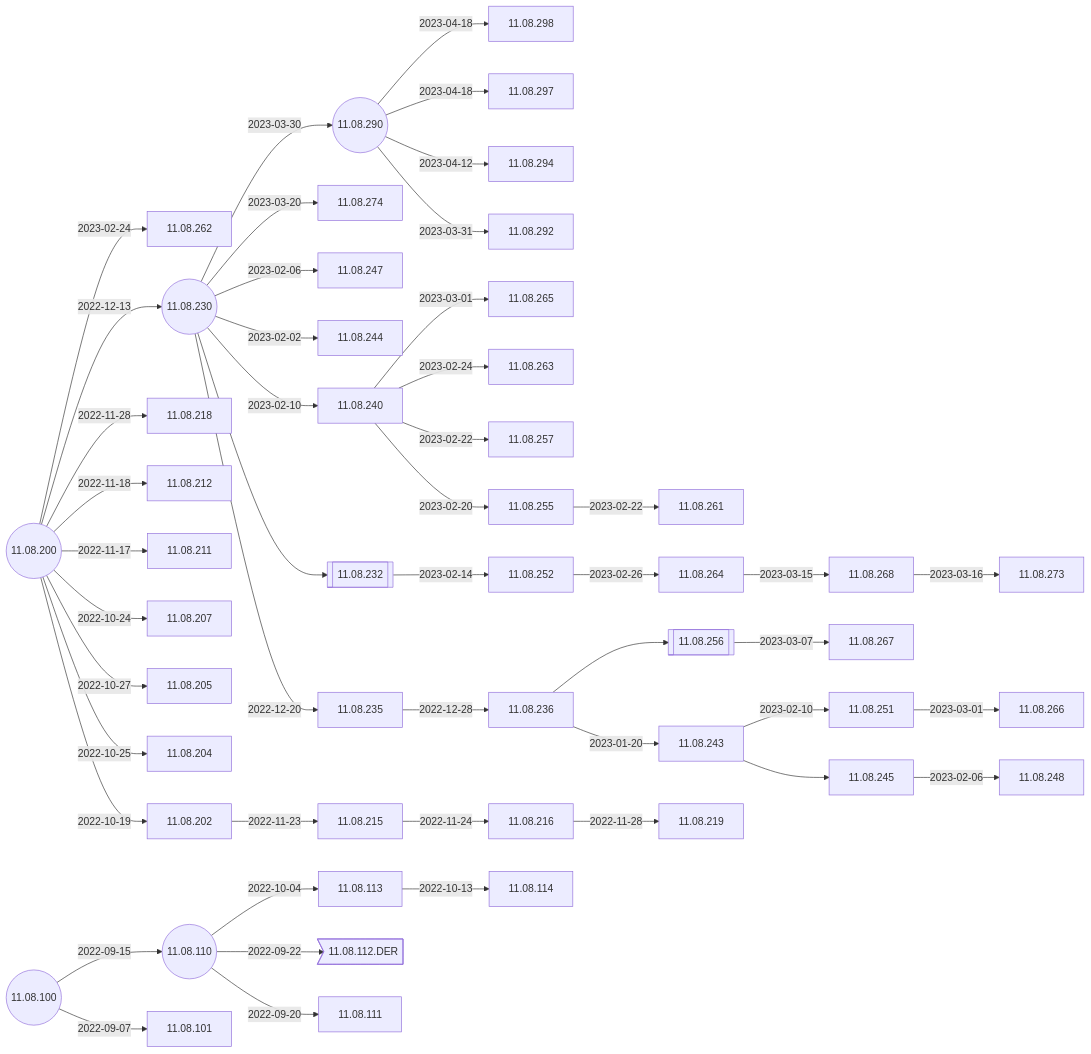
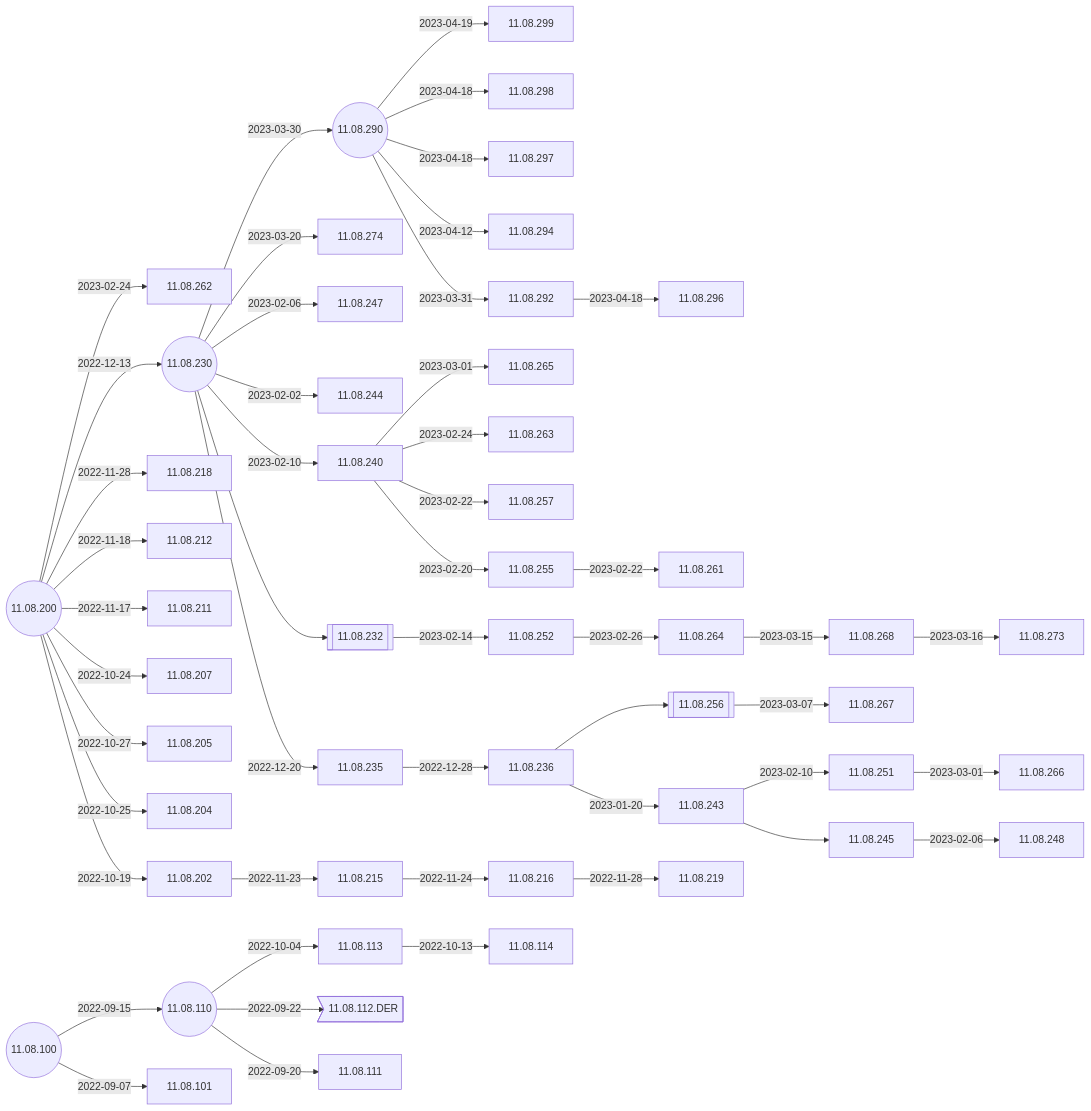
The second of 4 diagrams in docs/Docs/ReleaseNotes/01-OS11/README.md (IGEL-Community/IGEL-Docs-v02), drawn with Mermaid before and after one commit. The commit also changed 3 other files, not shown here.

````diff
--- a/docs/Docs/ReleaseNotes/01-OS11/README.md
+++ b/docs/Docs/ReleaseNotes/01-OS11/README.md
@@ -39,72 +39,76 @@
 ```mermaid
 flowchart LR
+    11.08.290-- 2023-04-19 -->11.08.299
+    11.08.292-- 2023-04-18 -->11.08.296
     11.08.290-- 2023-04-18 -->11.08.298
     11.08.290-- 2023-04-18 -->11.08.297
     11.08.290-- 2023-04-12 -->11.08.294
     11.08.290-- 2023-03-31 -->11.08.292
     11.08.230-- 2023-03-30 -->11.08.290((11.08.290))
     11.08.230-- 2023-03-20 -->11.08.274
     11.08.236-->11.08.256[[11.08.256]]-- 2023-03-07 -->11.08.267
     11.08.240-- 2023-03-01 -->11.08.265 
     11.08.252-- 2023-02-26 -->11.08.264-- 2023-03-15 -->11.08.268-- 2023-03-16 -->11.08.273
     11.08.200-- 2023-02-24 -->11.08.262
     11.08.243-- 2023-02-10 -->11.08.251-- 2023-03-01 -->11.08.266
     11.08.230-- 2023-02-06 -->11.08.247
     11.08.230-- 2023-02-02 -->11.08.244
     11.08.240-- 2023-02-24 -->11.08.263
     11.08.240-- 2023-02-22 -->11.08.257
     11.08.240-- 2023-02-20 -->11.08.255-- 2023-02-22 -->11.08.261
     11.08.230-- 2023-02-10 -->11.08.240
     11.08.230((11.08.230))-->11.08.232[[11.08.232]]-- 2023-02-14 -->11.08.252
     11.08.200-- 2022-12-13 -->11.08.230-- 2022-12-20 -->11.08.235-- 2022-12-28 -->11.08.236-- 2023-01-20 -->11.08.243-->11.08.245-- 2023-02-06 -->11.08.248
     11.08.200-- 2022-11-28 -->11.08.218
     11.08.200-- 2022-11-18 -->11.08.212
     11.08.200-- 2022-11-17 -->11.08.211
     11.08.200-- 2022-10-24 -->11.08.207
     11.08.200-- 2022-10-27 -->11.08.205
     11.08.200-- 2022-10-25 -->11.08.204
     11.08.200((11.08.200))-- 2022-10-19 -->11.08.202-- 2022-11-23 -->11.08.215-- 2022-11-24 -->11.08.216-- 2022-11-28 -->11.08.219
     11.08.110-- 2022-10-04 -->11.08.113-- 2022-10-13 -->11.08.114
     11.08.110((11.08.110))-- 2022-09-22 -->11.08.112.DER>11.08.112.DER]
     11.08.100-- 2022-09-15 -->11.08.110-- 2022-09-20 -->11.08.111
     11.08.100((11.08.100))-- 2022-09-07 -->11.08.101
+    click 11.08.299 "https://github.com/IGEL-Community/IGEL-Docs-v02/tree/main/docs/Docs/ReleaseNotes/01-OS11/readme11.08.299.txt" _blank
+    click 11.08.296 "https://github.com/IGEL-Community/IGEL-Docs-v02/tree/main/docs/Docs/ReleaseNotes/01-OS11/readme11.08.296.txt" _blank
     click 11.08.298 "https://github.com/IGEL-Community/IGEL-Docs-v02/tree/main/docs/Docs/ReleaseNotes/01-OS11/readme11.08.298.txt" _blank
     click 11.08.297 "https://github.com/IGEL-Community/IGEL-Docs-v02/tree/main/docs/Docs/ReleaseNotes/01-OS11/readme11.08.297.txt" _blank
     click 11.08.294 "https://github.com/IGEL-Community/IGEL-Docs-v02/tree/main/docs/Docs/ReleaseNotes/01-OS11/readme11.08.294.txt" _blank
     click 11.08.292 "https://github.com/IGEL-Community/IGEL-Docs-v02/tree/main/docs/Docs/ReleaseNotes/01-OS11/readme11.08.292.txt" _blank
     click 11.08.292 "https://github.com/IGEL-Community/IGEL-Docs-v02/tree/main/docs/Docs/ReleaseNotes/01-OS11/readme11.08.292.txt" _blank
     click 11.08.290 "https://github.com/IGEL-Community/IGEL-Docs-v02/tree/main/docs/Docs/ReleaseNotes/01-OS11/readme11.08.290.txt" _blank
     click 11.08.274 "https://github.com/IGEL-Community/IGEL-Docs-v02/tree/main/docs/Docs/ReleaseNotes/01-OS11/readme11.08.274.txt" _blank
     click 11.08.273 "https://github.com/IGEL-Community/IGEL-Docs-v02/tree/main/docs/Docs/ReleaseNotes/01-OS11/readme11.08.273.txt" _blank
     click 11.08.268 "https://github.com/IGEL-Community/IGEL-Docs-v02/tree/main/docs/Docs/ReleaseNotes/01-OS11/readme11.08.268.txt" _blank
     click 11.08.267 "https://github.com/IGEL-Community/IGEL-Docs-v02/tree/main/docs/Docs/ReleaseNotes/01-OS11/readme11.08.267.txt" _blank
     click 11.08.266 "https://github.com/IGEL-Community/IGEL-Docs-v02/tree/main/docs/Docs/ReleaseNotes/01-OS11/readme11.08.266.txt" _blank
     click 11.08.265 "https://github.com/IGEL-Community/IGEL-Docs-v02/tree/main/docs/Docs/ReleaseNotes/01-OS11/readme11.08.265.txt" _blank
     click 11.08.264 "https://github.com/IGEL-Community/IGEL-Docs-v02/tree/main/docs/Docs/ReleaseNotes/01-OS11/readme11.08.264.txt" _blank
     click 11.08.263 "https://github.com/IGEL-Community/IGEL-Docs-v02/tree/main/docs/Docs/ReleaseNotes/01-OS11/readme11.08.263.txt" _blank
     click 11.08.262 "https://github.com/IGEL-Community/IGEL-Docs-v02/tree/main/docs/Docs/ReleaseNotes/01-OS11/readme11.08.262.txt" _blank
     click 11.08.261 "https://github.com/IGEL-Community/IGEL-Docs-v02/tree/main/docs/Docs/ReleaseNotes/01-OS11/readme11.08.261.txt" _blank
     click 11.08.257 "https://github.com/IGEL-Community/IGEL-Docs-v02/tree/main/docs/Docs/ReleaseNotes/01-OS11/readme11.08.257.txt" _blank
     click 11.08.255 "https://github.com/IGEL-Community/IGEL-Docs-v02/tree/main/docs/Docs/ReleaseNotes/01-OS11/readme11.08.255.txt" _blank
     click 11.08.252 "https://github.com/IGEL-Community/IGEL-Docs-v02/tree/main/docs/Docs/ReleaseNotes/01-OS11/readme11.08.252.txt" _blank
     click 11.08.251 "https://github.com/IGEL-Community/IGEL-Docs-v02/tree/main/docs/Docs/ReleaseNotes/01-OS11/readme11.08.251.txt" _blank
     click 11.08.248 "https://github.com/IGEL-Community/IGEL-Docs-v02/tree/main/docs/Docs/ReleaseNotes/01-OS11/readme11.08.248.txt" _blank
     click 11.08.247 "https://github.com/IGEL-Community/IGEL-Docs-v02/tree/main/docs/Docs/ReleaseNotes/01-OS11/readme11.08.247.txt" _blank
     click 11.08.244 "https://github.com/IGEL-Community/IGEL-Docs-v02/tree/main/docs/Docs/ReleaseNotes/01-OS11/readme11.08.244.txt" _blank
     click 11.08.243 "https://github.com/IGEL-Community/IGEL-Docs-v02/tree/main/docs/Docs/ReleaseNotes/01-OS11/readme11.08.243.txt" _blank
     click 11.08.240 "https://github.com/IGEL-Community/IGEL-Docs-v02/tree/main/docs/Docs/ReleaseNotes/01-OS11/readme11.08.240.txt" _blank
     click 11.08.236 "https://github.com/IGEL-Community/IGEL-Docs-v02/tree/main/docs/Docs/ReleaseNotes/01-OS11/readme11.08.236.txt" _blank
     click 11.08.235 "https://github.com/IGEL-Community/IGEL-Docs-v02/tree/main/docs/Docs/ReleaseNotes/01-OS11/readme11.08.235.txt" _blank
     click 11.08.230 "https://github.com/IGEL-Community/IGEL-Docs-v02/tree/main/docs/Docs/ReleaseNotes/01-OS11/readme11.08.230.txt" _blank
     click 11.08.219 "https://github.com/IGEL-Community/IGEL-Docs-v02/tree/main/docs/Docs/ReleaseNotes/01-OS11/readme11.08.219.txt" _blank
     click 11.08.218 "https://github.com/IGEL-Community/IGEL-Docs-v02/tree/main/docs/Docs/ReleaseNotes/01-OS11/readme11.08.218.txt" _blank
     click 11.08.216 "https://github.com/IGEL-Community/IGEL-Docs-v02/tree/main/docs/Docs/ReleaseNotes/01-OS11/readme11.08.216.txt" _blank
     click 11.08.215 "https://github.com/IGEL-Community/IGEL-Docs-v02/tree/main/docs/Docs/ReleaseNotes/01-OS11/readme11.08.215.txt" _blank
     click 11.08.212 "https://github.com/IGEL-Community/IGEL-Docs-v02/tree/main/docs/Docs/ReleaseNotes/01-OS11/readme11.08.212.txt" _blank
     click 11.08.211 "https://github.com/IGEL-Community/IGEL-Docs-v02/tree/main/docs/Docs/ReleaseNotes/01-OS11/readme11.08.211.txt" _blank
     click 11.08.207 "https://github.com/IGEL-Community/IGEL-Docs-v02/tree/main/docs/Docs/ReleaseNotes/01-OS11/readme11.08.207.txt" _blank
     click 11.08.205 "https://github.com/IGEL-Community/IGEL-Docs-v02/tree/main/docs/Docs/ReleaseNotes/01-OS11/readme11.08.205.txt" _blank
     click 11.08.204 "https://github.com/IGEL-Community/IGEL-Docs-v02/tree/main/docs/Docs/ReleaseNotes/01-OS11/readme11.08.204.txt" _blank
     click 11.08.202 "https://github.com/IGEL-Community/IGEL-Docs-v02/tree/main/docs/Docs/ReleaseNotes/01-OS11/readme11.08.202.txt" _blank
     click 11.08.200 "https://github.com/IGEL-Community/IGEL-Docs-v02/tree/main/docs/Docs/ReleaseNotes/01-OS11/readme11.08.200.txt" _blank
 ```
````
